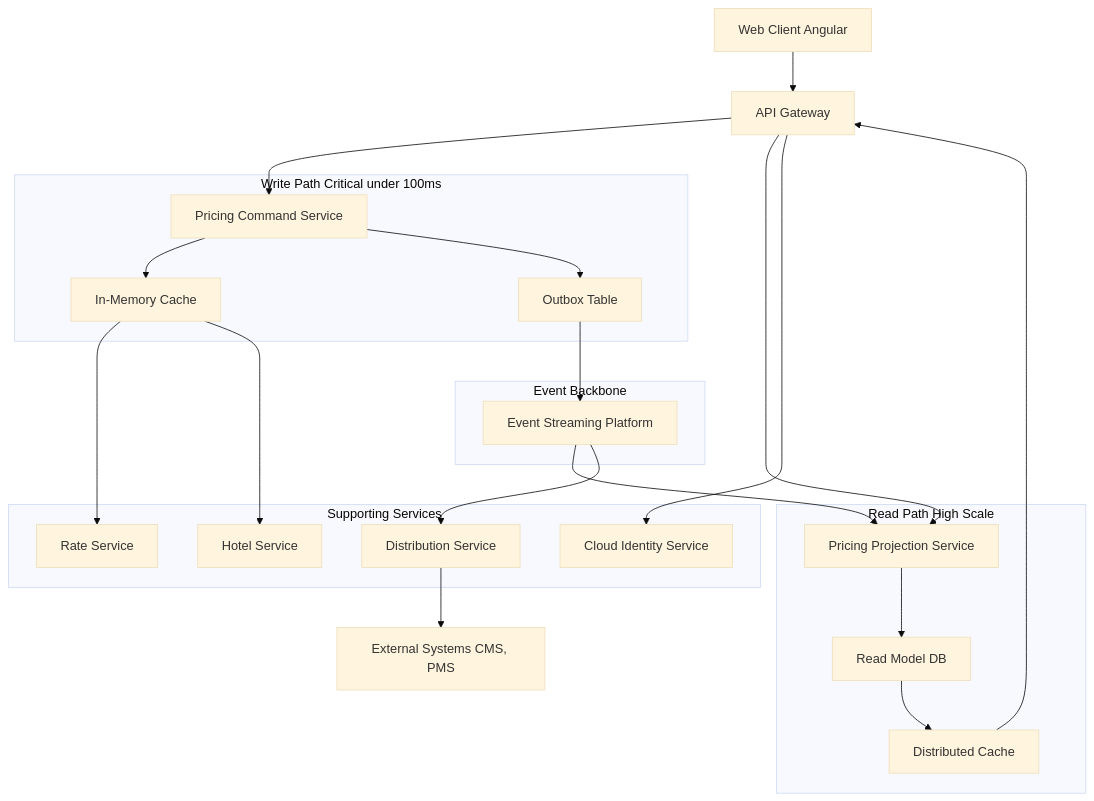
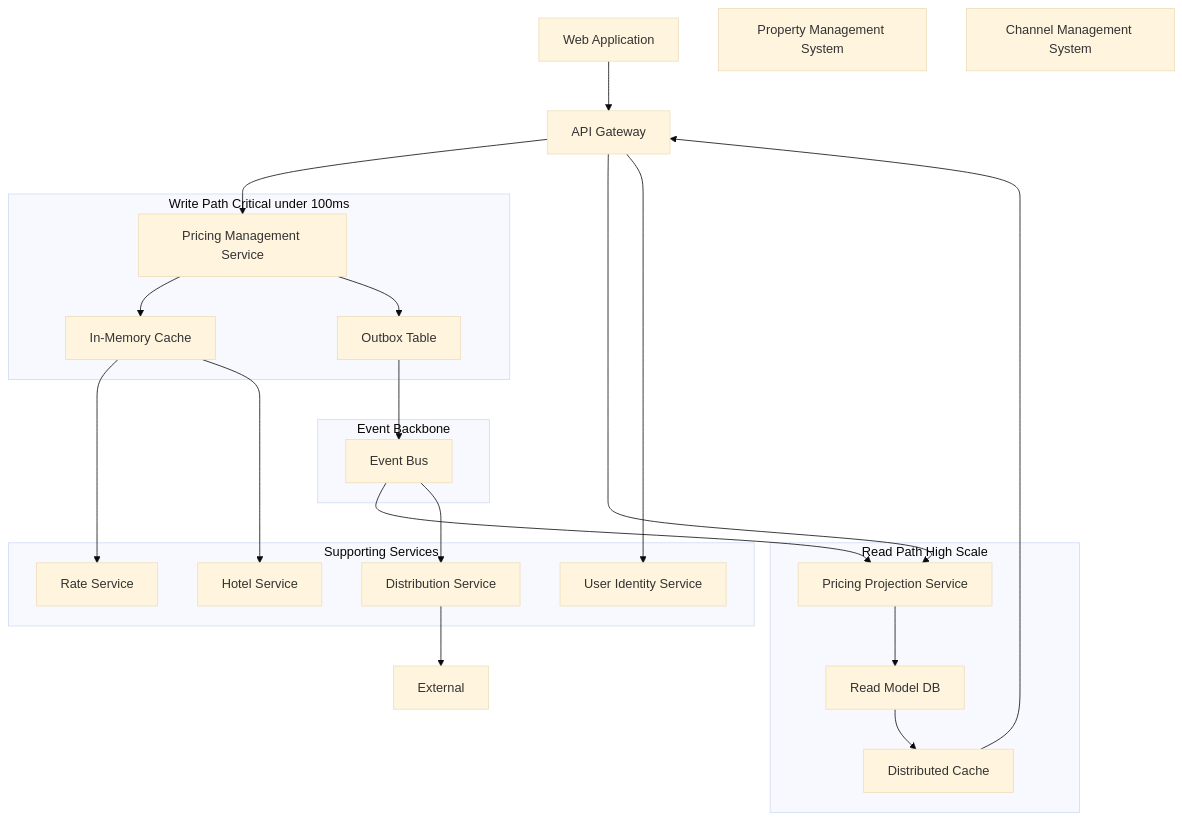
Before and after one commit to kfijalkowski1/PBAD: the diagram in code/data/initial/pps/HotelPricingSystem.mmd, drawn with Mermaid (base theme). The commit also changed 1 other file, not shown here.

```diff
--- a/code/data/initial/pps/HotelPricingSystem.mmd
+++ b/code/data/initial/pps/HotelPricingSystem.mmd
@@ -1,58 +1,59 @@
 flowchart TD
 
-    User[Web Client Angular]
+    User[Web Application]
     APIGW[API Gateway]
 
     subgraph Write Path Critical under 100ms
-        CmdSvc[Pricing Command Service]
+        CmdSvc[Pricing Management Service]
         Cache[In-Memory Cache]
         Outbox[Outbox Table]
     end
 
     subgraph Event Backbone
-        EventBus[Event Streaming Platform]
+        EventBus[Event Bus]
     end
 
     subgraph Read Path High Scale
         ProjSvc[Pricing Projection Service]
         QueryDB[Read Model DB]
         CacheLayer[Distributed Cache]
     end
 
     subgraph Supporting Services
         RateSvc[Rate Service]
         HotelSvc[Hotel Service]
-        IdentitySvc[Cloud Identity Service]
+        IdentitySvc[User Identity Service]
         DistSvc[Distribution Service]
     end
 
-    External[External Systems CMS, PMS]
+    ExternalCMS[Property Management System]
+    ExternalPMS[Channel Management System]
 
     %% User flow
     User --> APIGW
     APIGW --> CmdSvc
     APIGW --> ProjSvc
 
     %% Security
     APIGW --> IdentitySvc
 
     %% Write path optimization
     CmdSvc --> Cache
     Cache --> RateSvc
     Cache --> HotelSvc
 
     %% Event publishing
     CmdSvc --> Outbox
     Outbox --> EventBus
 
     %% Event consumption
     EventBus --> ProjSvc
     EventBus --> DistSvc
 
     %% Read path
     ProjSvc --> QueryDB
     QueryDB --> CacheLayer
     CacheLayer --> APIGW
 
     %% External integration
     DistSvc --> External
```
